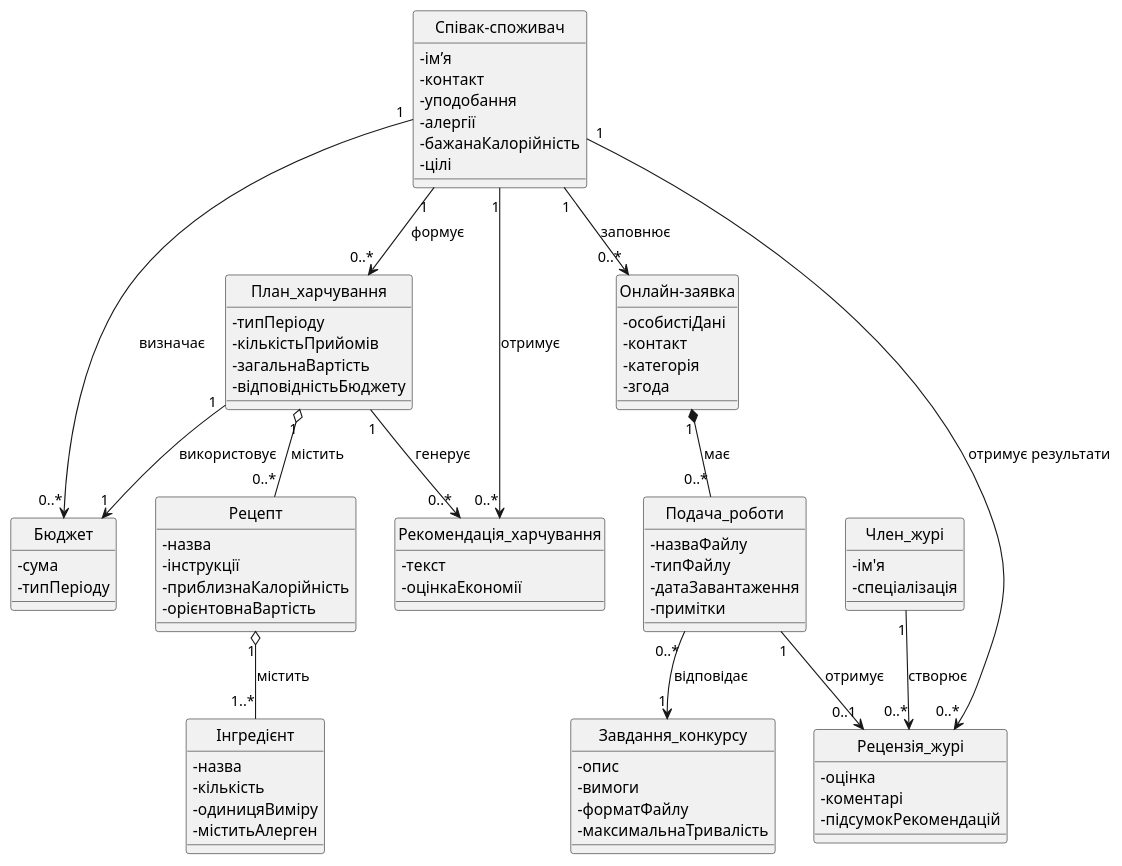
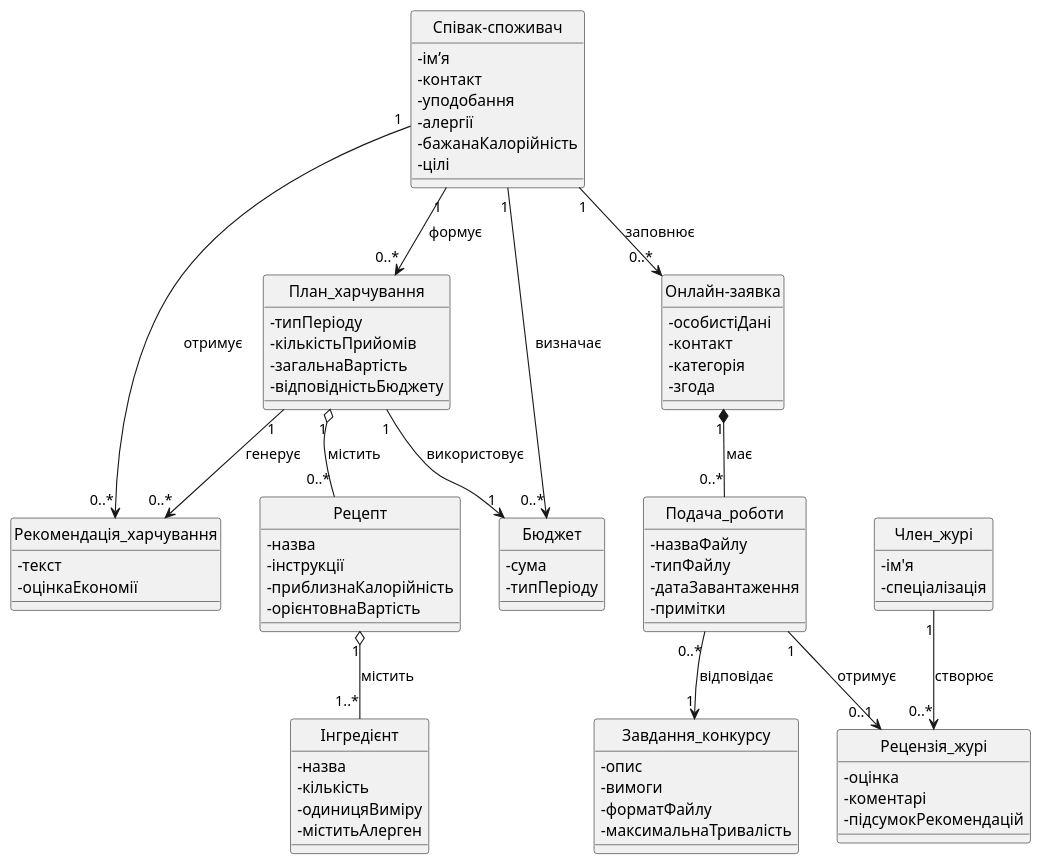
One commit to Liudmyla11/lab3 changed the diagram in ConceptClasses.puml. Above: the diagram before and after it, drawn with PlantUML.

```diff
--- a/ConceptClasses.puml
+++ b/ConceptClasses.puml
@@ -1,92 +1,91 @@
 @startuml
 skinparam classAttributeIconSize 0
 hide circle
 
 class "Співак-споживач" as User {
   - ім’я
   - контакт
   - уподобання
   - алергії
   - бажанаКалорійність
   - цілі
 }
 
 class "План_харчування" as MealPlan {
   - типПеріоду
   - кількістьПрийомів
   - загальнаВартість
   - відповідністьБюджету
 }
 
 class "Рецепт" as Recipe {
   - назва
   - інструкції
   - приблизнаКалорійність
   - орієнтовнаВартість
 }
 
 class "Інгредієнт" as Ingredient {
   - назва
   - кількість
   - одиницяВиміру 
   - міститьАлерген
 }
 
 class "Бюджет" as Budget {
   - сума
   - типПеріоду
 }
 
 class "Рекомендація_харчування" as NutritionRecommendation {
   - текст
   - оцінкаЕкономії
 }
 
 class "Онлайн-заявка" as Application {
   - особистіДані
   - контакт
   - категорія
   - згода
 }
 
 class "Завдання_конкурсу" as ContestTask {
   - опис
   - вимоги
   - форматФайлу
   - максимальнаТривалість
 }
 
 class "Подача_роботи" as Submission {
   - назваФайлу
   - типФайлу
   - датаЗавантаження
   - примітки
 }
 
 class "Член_журі" as JuryMember {
   - ім'я
   - спеціалізація
 }
 
 class "Рецензія_журі" as JuryReview {
   - оцінка
   - коментарі
   - підсумокРекомендацій
 }
 
 User "1" --> "0..*" MealPlan : формує
 MealPlan "1" o-- "0..*" Recipe : містить
 Recipe "1" o-- "1..*" Ingredient : містить
 MealPlan "1" --> "1" Budget : використовує
 User "1" --> "0..*" Budget : визначає
 MealPlan "1" --> "0..*" NutritionRecommendation : генерує
 User "1" --> "0..*" NutritionRecommendation : отримує
 
 User "1" --> "0..*" Application : заповнює
 Application "1" *-- "0..*" Submission : має
 Submission "0..*" --> "1" ContestTask : відповідає
 Submission "1" --> "0..1" JuryReview : отримує
 
 JuryMember "1" --> "0..*" JuryReview : створює
-User "1" --> "0..*" JuryReview : отримує результати
 @enduml
```
